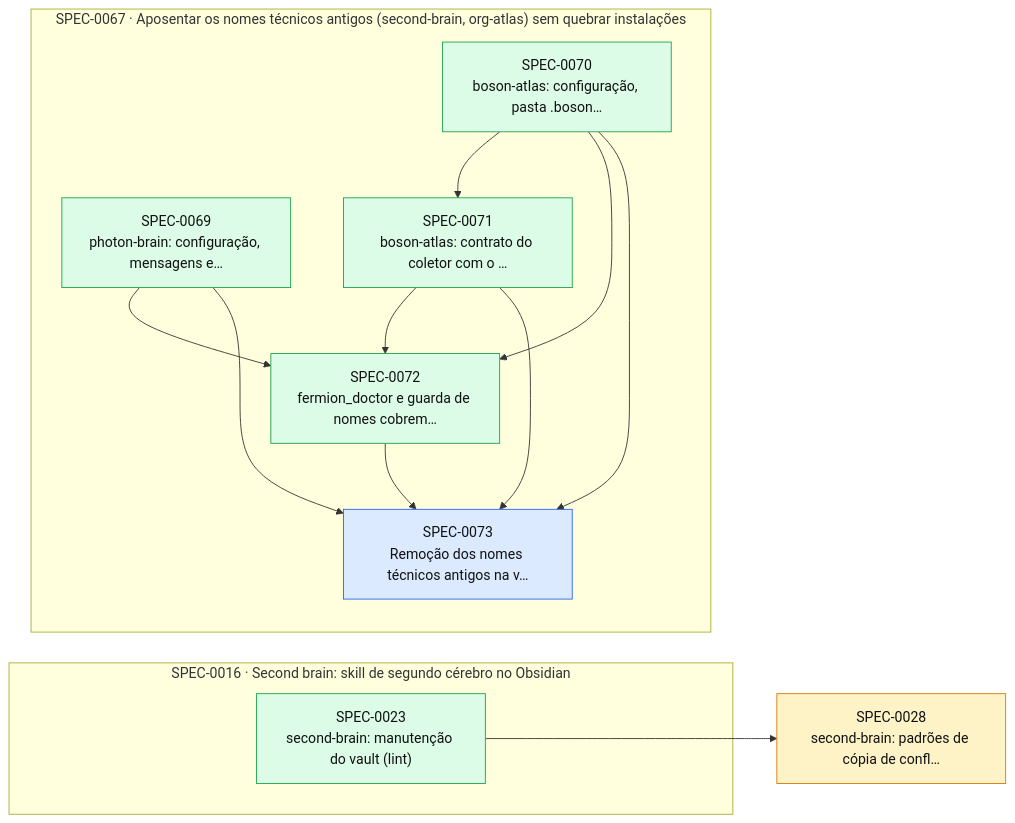
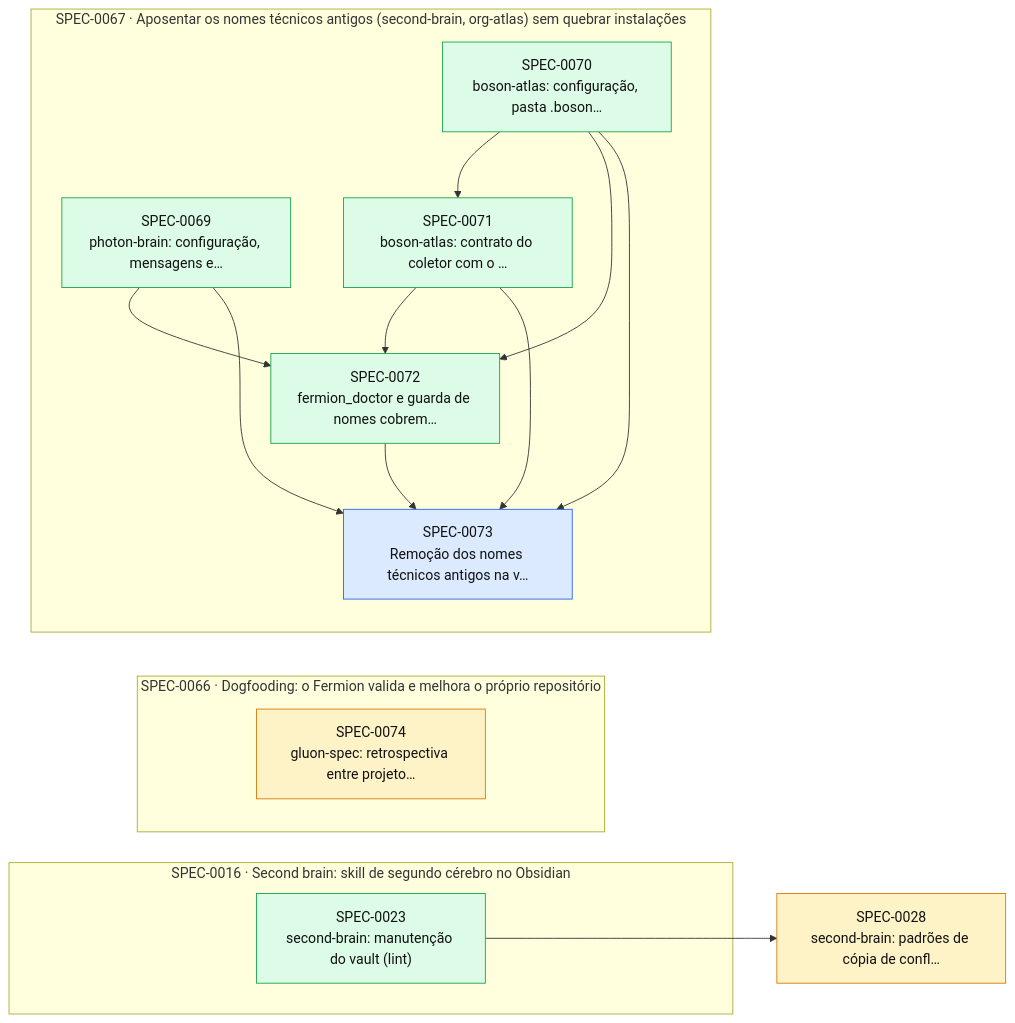
Before and after one commit to thomasravache/ai-dev-brain: the diagram in docs/specs/INDEX.md, drawn with Mermaid. The commit also changed other lines of this file and 2 other files, not shown here.

First line of the commit message:
docs(specs): SPEC-0066 detalhado e SPEC-0074 (retrospectiva entre projetos)

````diff
--- a/docs/specs/INDEX.md
+++ b/docs/specs/INDEX.md
@@ -58,28 +59,31 @@
 ```mermaid
 flowchart LR
   S0028["SPEC-0028<br/>second-brain: padrões de cópia de confl…"]:::proposed
   subgraph E0016["SPEC-0016 · Second brain: skill de segundo cérebro no Obsidian"]
     S0023["SPEC-0023<br/>second-brain: manutenção do vault (lint)"]:::implemented
+  end
+  subgraph E0066["SPEC-0066 · Dogfooding: o Fermion valida e melhora o próprio repositório"]
+    S0074["SPEC-0074<br/>gluon-spec: retrospectiva entre projeto…"]:::proposed
   end
   subgraph E0067["SPEC-0067 · Aposentar os nomes técnicos antigos (second-brain, org-atlas) sem quebrar instalações"]
     S0069["SPEC-0069<br/>photon-brain: configuração, mensagens e…"]:::implemented
     S0070["SPEC-0070<br/>boson-atlas: configuração, pasta .boson…"]:::implemented
     S0071["SPEC-0071<br/>boson-atlas: contrato do coletor com o …"]:::implemented
     S0072["SPEC-0072<br/>fermion_doctor e guarda de nomes cobrem…"]:::implemented
     S0073["SPEC-0073<br/>Remoção dos nomes técnicos antigos na v…"]:::approved
   end
   S0023 --> S0028
   S0070 --> S0071
   S0069 --> S0072
   S0070 --> S0072
   S0071 --> S0072
   S0069 --> S0073
   S0070 --> S0073
   S0071 --> S0073
   S0072 --> S0073
   classDef proposed fill:#fef3c7,stroke:#d97706,color:#111
   classDef approved fill:#dbeafe,stroke:#2563eb,color:#111
   classDef inprogress fill:#ede9fe,stroke:#7c3aed,color:#111
   classDef implemented fill:#dcfce7,stroke:#16a34a,color:#111
   classDef deprecated fill:#f3f4f6,stroke:#9ca3af,color:#6b7280
 ```
````
